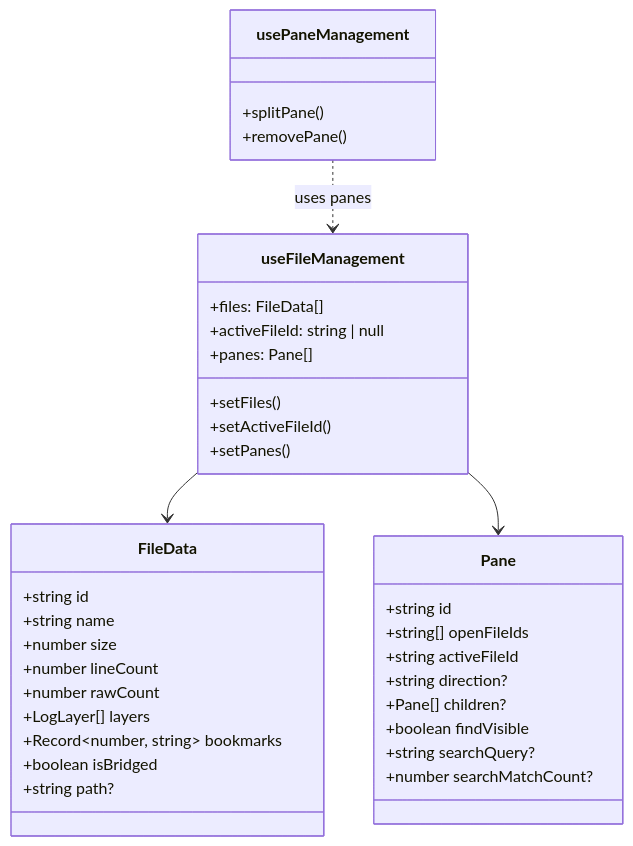
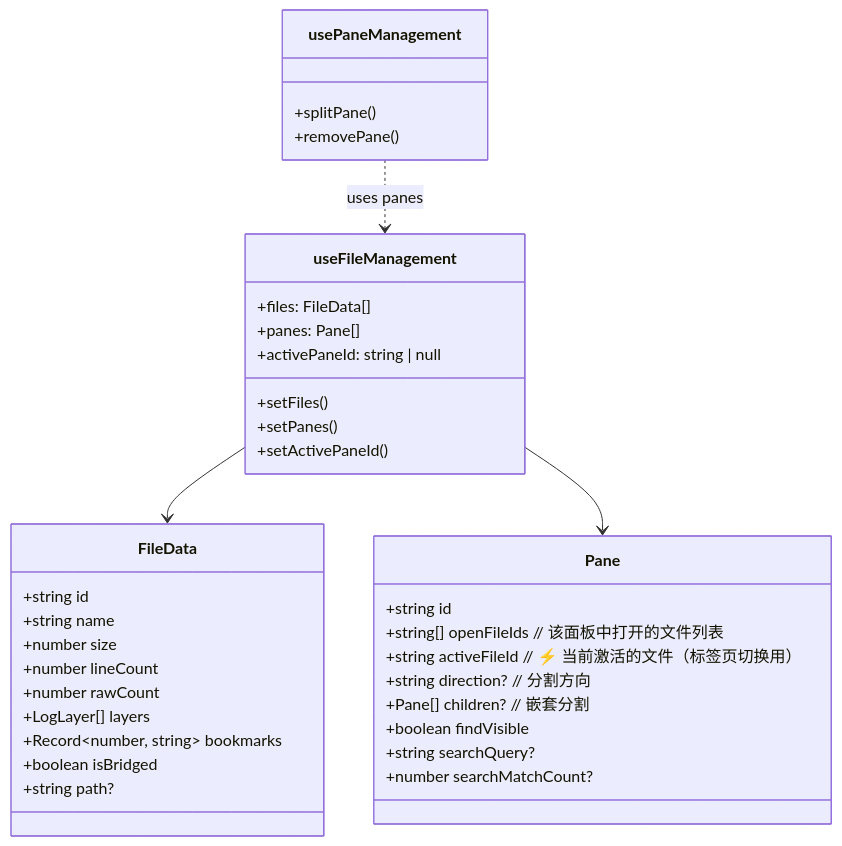
Before and after one commit to qmjianda/loglayer: the ninth of 25 diagrams in megatron_mermaid.md, drawn with Mermaid. The commit also changed other lines of this file, not shown here.

Commit message:
docs: 更新 4.2 章节，澄清 activeFileId 是 Pane 级别属性

````diff
--- a/megatron_mermaid.md
+++ b/megatron_mermaid.md
@@ -575,43 +580,43 @@
 ```mermaid
 classDiagram
     class useFileManagement {
         +files: FileData[]
-        +activeFileId: string | null
         +panes: Pane[]
+        +activePaneId: string | null
         +setFiles()
-        +setActiveFileId()
         +setPanes()
+        +setActivePaneId()
     }
     
     class usePaneManagement {
         +splitPane()
         +removePane()
     }
     
     class FileData {
         +string id
         +string name
         +number size
         +number lineCount
         +number rawCount
         +LogLayer[] layers
         +Record~number, string~ bookmarks
         +boolean isBridged
         +string path?
     }
     
     class Pane {
         +string id
-        +string[] openFileIds
-        +string activeFileId
-        +string direction?
-        +Pane[] children?
+        +string[] openFileIds        // 该面板中打开的文件列表
+        +string activeFileId         // ⚡ 当前激活的文件（标签页切换用）
+        +string direction?           // 分割方向
+        +Pane[] children?            // 嵌套分割
         +boolean findVisible
         +string searchQuery?
         +number searchMatchCount?
     }
     
     useFileManagement --> FileData
     useFileManagement --> Pane
     usePaneManagement ..> useFileManagement : uses panes
 ```
````
